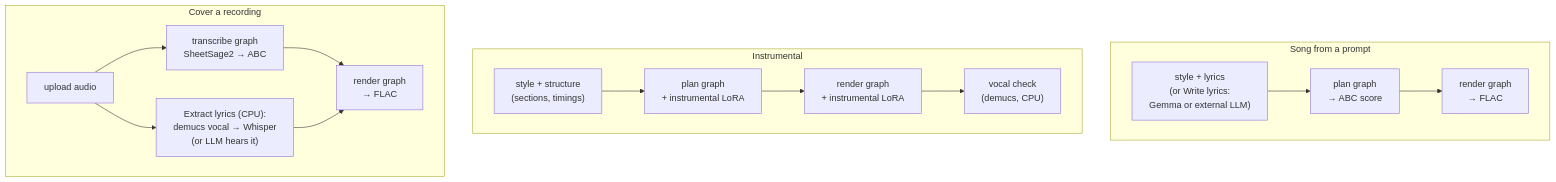
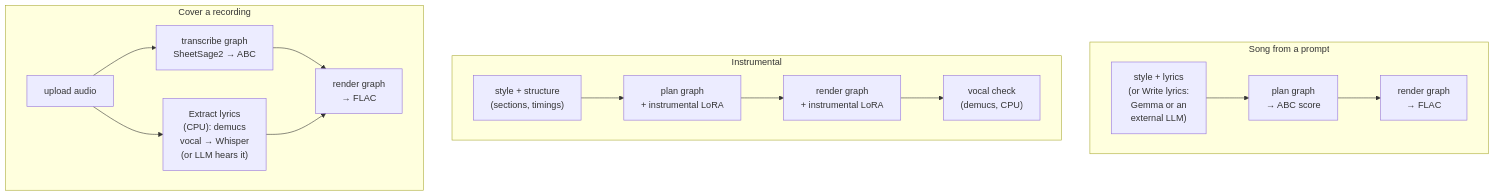
The sixth of 8 diagrams in docs/ARCHITECTURE.md (dynamohum/YuE2gen-studio), drawn with Mermaid before and after one commit. The commit also changed other lines of this file, not shown here.

First line of the commit message:
ARCHITECTURE diagrams: shorter label lines, so GitHub does not clip them

````diff
--- a/docs/ARCHITECTURE.md
+++ b/docs/ARCHITECTURE.md
@@ -265,13 +265,13 @@
 ```mermaid
 flowchart TB
     subgraph Song["Song from a prompt"]
-        S1["style + lyrics<br/>(or Write lyrics:<br/>Gemma or external LLM)"] --> S2["plan graph<br/>→ ABC score"] --> S3["render graph<br/>→ FLAC"]
+        S1["style + lyrics<br/>(or Write lyrics:<br/>Gemma or an<br/>external LLM)"] --> S2["plan graph<br/>→ ABC score"] --> S3["render graph<br/>→ FLAC"]
     end
     subgraph Inst["Instrumental"]
         I1["style + structure<br/>(sections, timings)"] --> I2["plan graph<br/>+ instrumental LoRA"] --> I3["render graph<br/>+ instrumental LoRA"] --> I4["vocal check<br/>(demucs, CPU)"]
     end
     subgraph Cover["Cover a recording"]
         C1["upload audio"] --> C2["transcribe graph<br/>SheetSage2 → ABC"] --> C4["render graph<br/>→ FLAC"]
-        C1 --> C3["Extract lyrics (CPU):<br/>demucs vocal → Whisper<br/>(or LLM hears it)"] --> C4
+        C1 --> C3["Extract lyrics<br/>(CPU): demucs<br/>vocal → Whisper<br/>(or LLM hears it)"] --> C4
     end
 ```
````
